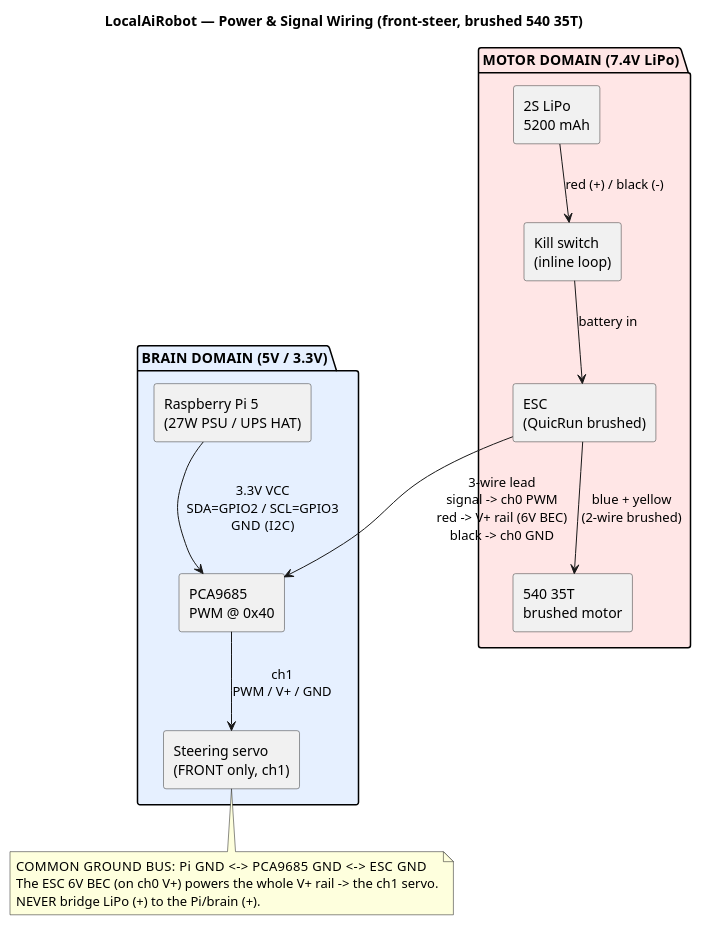
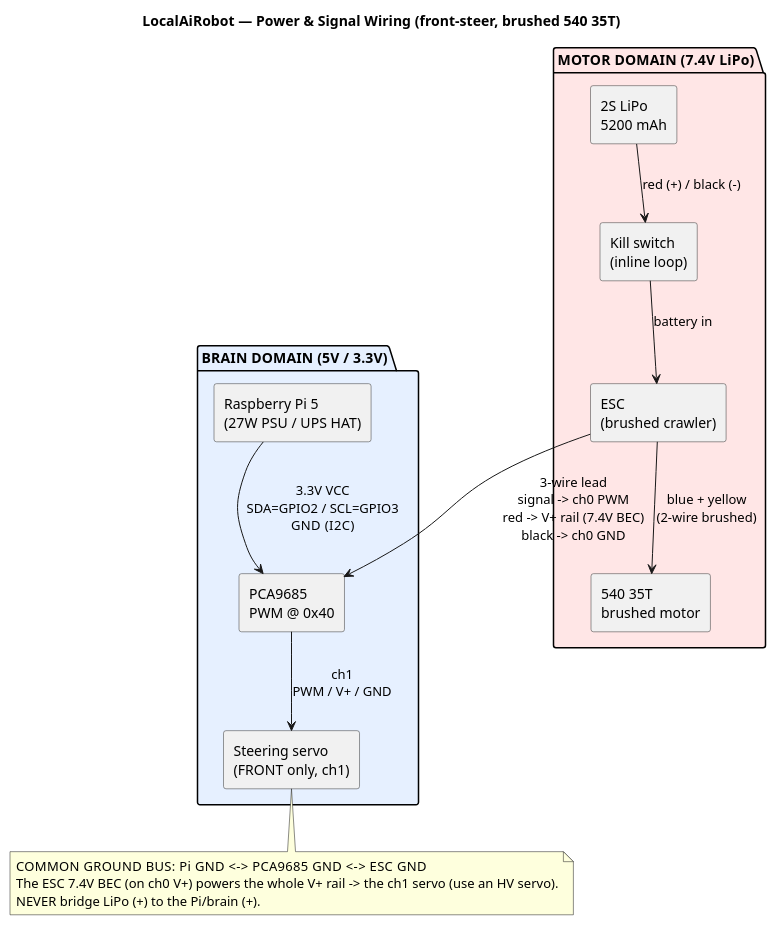
Before and after one commit to shen747/LocalAiRobot: the diagram in docs/wiring/diagrams/wiring-overview.puml, drawn with PlantUML. The commit also changed 10 other files, not shown here.

```diff
--- a/docs/wiring/diagrams/wiring-overview.puml
+++ b/docs/wiring/diagrams/wiring-overview.puml
@@ -1,34 +1,34 @@
 @startuml wiring-overview
 title LocalAiRobot — Power & Signal Wiring (front-steer, brushed 540 35T)
 
 skinparam shadowing false
 skinparam rectangle {
   BorderColor #333333
 }
 
 package "MOTOR DOMAIN  (7.4V LiPo)" #ffe6e6 {
   rectangle "2S LiPo\n5200 mAh" as LIPO
   rectangle "Kill switch\n(inline loop)" as KILL
-  rectangle "ESC\n(QuicRun brushed)" as ESC
+  rectangle "ESC\n(brushed crawler)" as ESC
   rectangle "540 35T\nbrushed motor" as MOTOR
 }
 
 package "BRAIN DOMAIN  (5V / 3.3V)" #e6f0ff {
   rectangle "Raspberry Pi 5\n(27W PSU / UPS HAT)" as PI
   rectangle "PCA9685\nPWM @ 0x40" as PCA
   rectangle "Steering servo\n(FRONT only, ch1)" as SERVO
 }
 
 LIPO  --> KILL  : red (+) / black (-)
 KILL  --> ESC   : battery in
 ESC   --> MOTOR : blue + yellow\n(2-wire brushed)
-ESC   --> PCA   : 3-wire lead\nsignal -> ch0 PWM\nred -> V+ rail (6V BEC)\nblack -> ch0 GND
+ESC   --> PCA   : 3-wire lead\nsignal -> ch0 PWM\nred -> V+ rail (7.4V BEC)\nblack -> ch0 GND
 PCA   --> SERVO : ch1\nPWM / V+ / GND
 PI    --> PCA   : 3.3V VCC\nSDA=GPIO2 / SCL=GPIO3\nGND  (I2C)
 
 note bottom
   COMMON GROUND BUS:  Pi GND  <->  PCA9685 GND  <->  ESC GND
-  The ESC 6V BEC (on ch0 V+) powers the whole V+ rail -> the ch1 servo.
+  The ESC 7.4V BEC (on ch0 V+) powers the whole V+ rail -> the ch1 servo (use an HV servo).
   NEVER bridge LiPo (+) to the Pi/brain (+).
 end note
 @enduml
```
